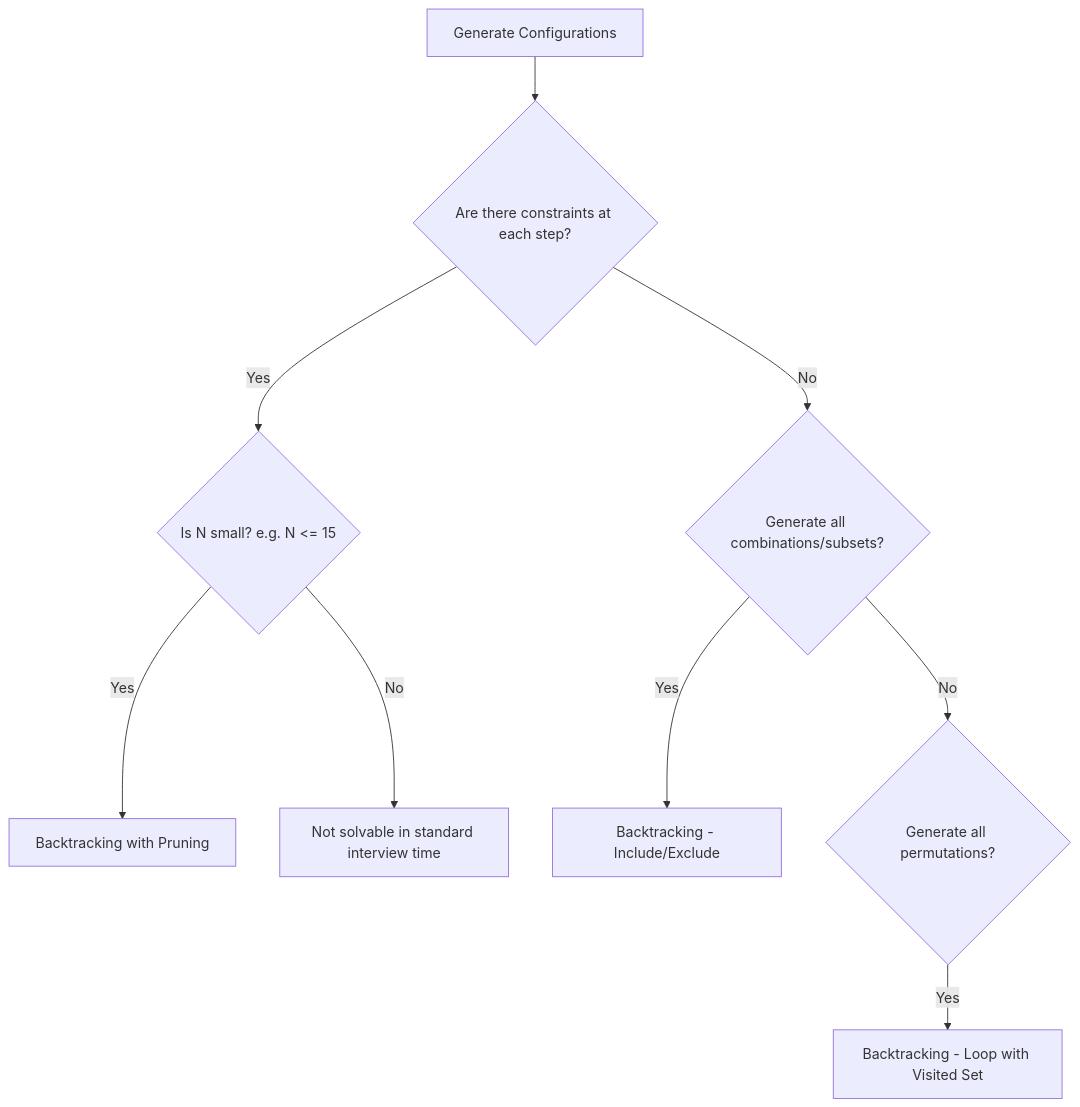
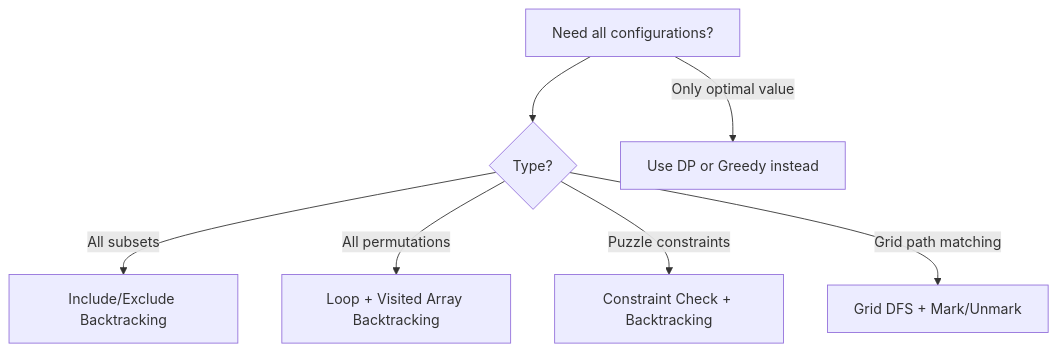
One commit to Omkar4112/Placement-Preparation-Hub changed the second of 7 diagrams in Ultimate_DSA_Placement_Handbook.md. Above: the diagram before and after it, drawn with Mermaid. The commit also changed other lines of this file, not shown here.

````diff
--- a/Ultimate_DSA_Placement_Handbook.md
+++ b/Ultimate_DSA_Placement_Handbook.md
@@ -446,11 +345,9 @@
 ```mermaid
 graph TD
-    Start[Generate Configurations] --> A{Are there constraints at each step?}
-    A -- Yes --> B{Is N small? e.g. N <= 15}
-    B -- Yes --> C[Backtracking with Pruning]
-    B -- No --> D[Not solvable in standard interview time]
-    A -- No --> E{Generate all combinations/subsets?}
-    E -- Yes --> F[Backtracking - Include/Exclude]
-    E -- No --> G{Generate all permutations?}
-    G -- Yes --> H[Backtracking - Loop with Visited Set]
+    A[Need all configurations?] --> B{Type?}
+    B -- All subsets --> C[Include/Exclude Backtracking]
+    B -- All permutations --> D[Loop + Visited Array Backtracking]
+    B -- Puzzle constraints --> E[Constraint Check + Backtracking]
+    B -- Grid path matching --> F[Grid DFS + Mark/Unmark]
+    A -- Only optimal value --> G[Use DP or Greedy instead]
 ```
````
